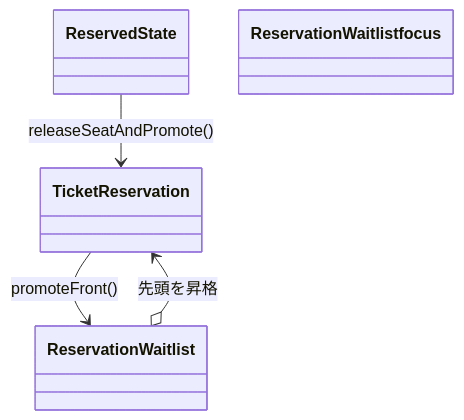
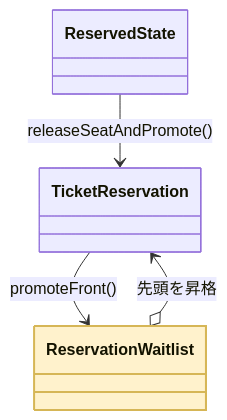
Before and after one commit to kumachan1101-pixel/DesignPattern: diagram 15 of 22 in kindle/design-patterns/output/chapter03.md, drawn with Mermaid. The commit also changed other lines of this file and 15 other files, not shown here.

First line of the commit message:
全章classDiagram: phantom浮きクラスを生む着色構文 class X focus を :::focus へ修正（103箇所）

````diff
--- a/kindle/design-patterns/output/chapter03.md
+++ b/kindle/design-patterns/output/chapter03.md
@@ -1536,11 +1536,11 @@
 ```mermaid
 classDiagram
     class ReservedState
     class TicketReservation
     class ReservationWaitlist
     ReservedState --> TicketReservation : releaseSeatAndPromote()
     TicketReservation --> ReservationWaitlist : promoteFront()
     ReservationWaitlist o--> TicketReservation : 先頭を昇格
-    class ReservationWaitlist focus
+    class ReservationWaitlist:::focus
     classDef focus fill:#FFF2CC,stroke:#D6B656,stroke-width:2px
 ```
````
